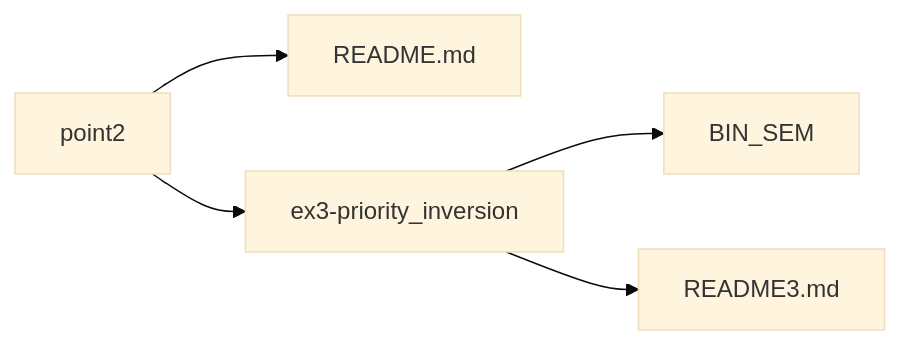
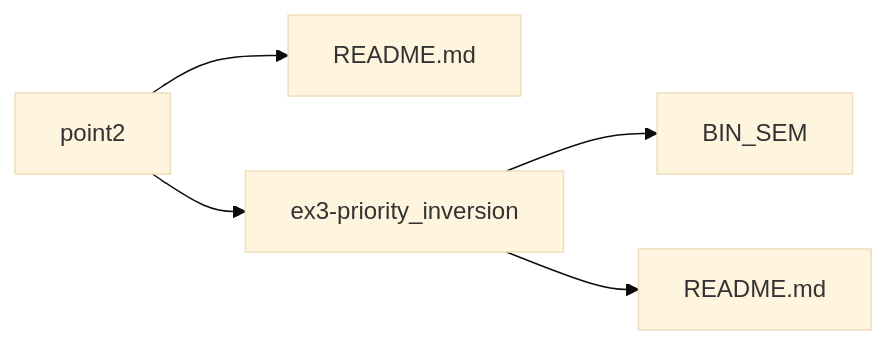
The third of 5 diagrams in README.md (smokyisthatyou/STM32Nucleo64), drawn with Mermaid before and after one commit.

````diff
--- a/README.md
+++ b/README.md
@@ -53,13 +53,14 @@
 ```mermaid
 %%{init: {'theme':'base'}}%%
 graph LR;
-point2-->README.md;
+A[README.md];
+B[README.md];
+point2-->A;
 point2-->ex3-priority_inversion;
 ex3-priority_inversion-->BIN_SEM;
-ex3-priority_inversion-->README3.md
-
+ex3-priority_inversion-->B;
 
 
 click README.md href "https://baltig.polito.it/caos2023/group2/-/blob/point2/README.md" "Link to README.md";
 
 ```
````
